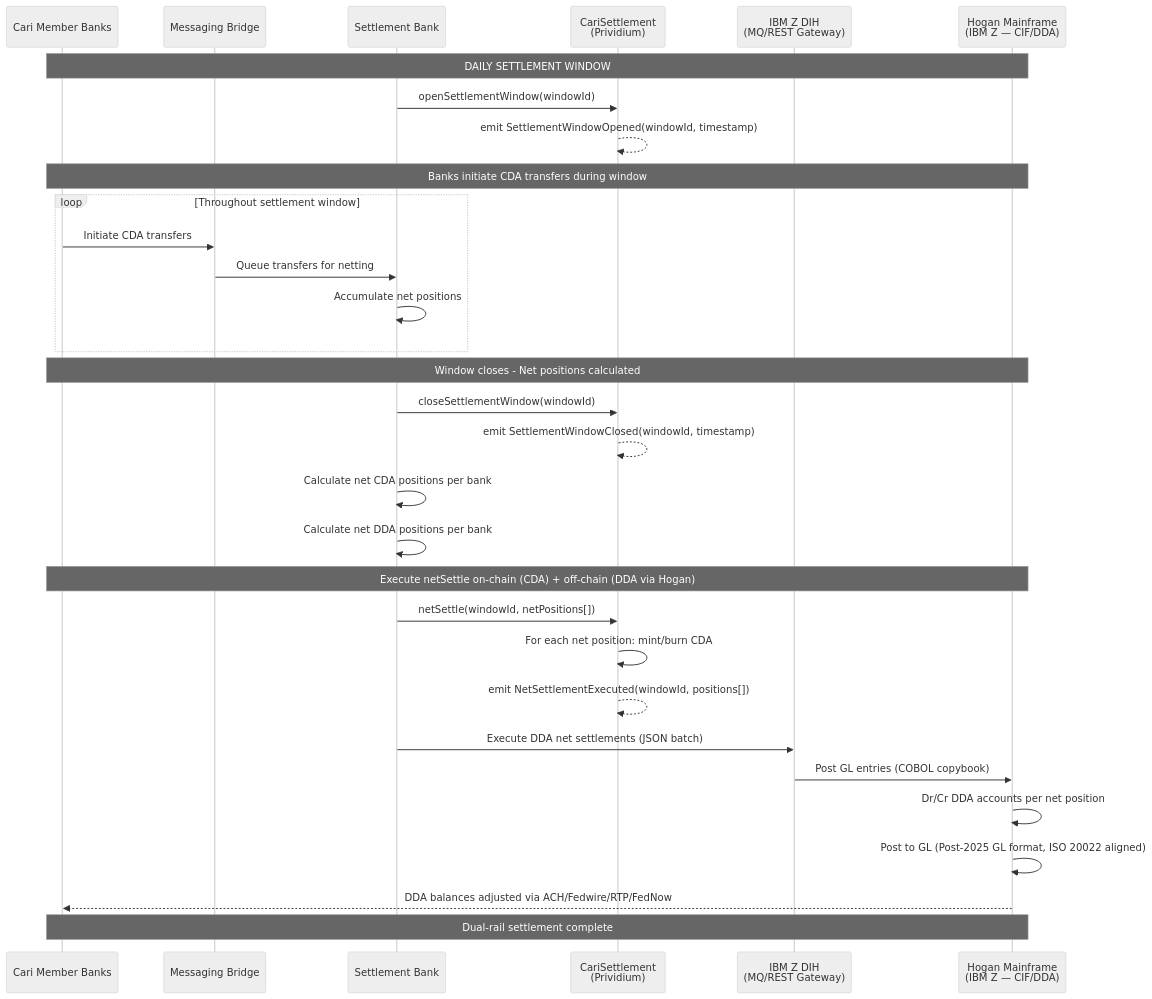
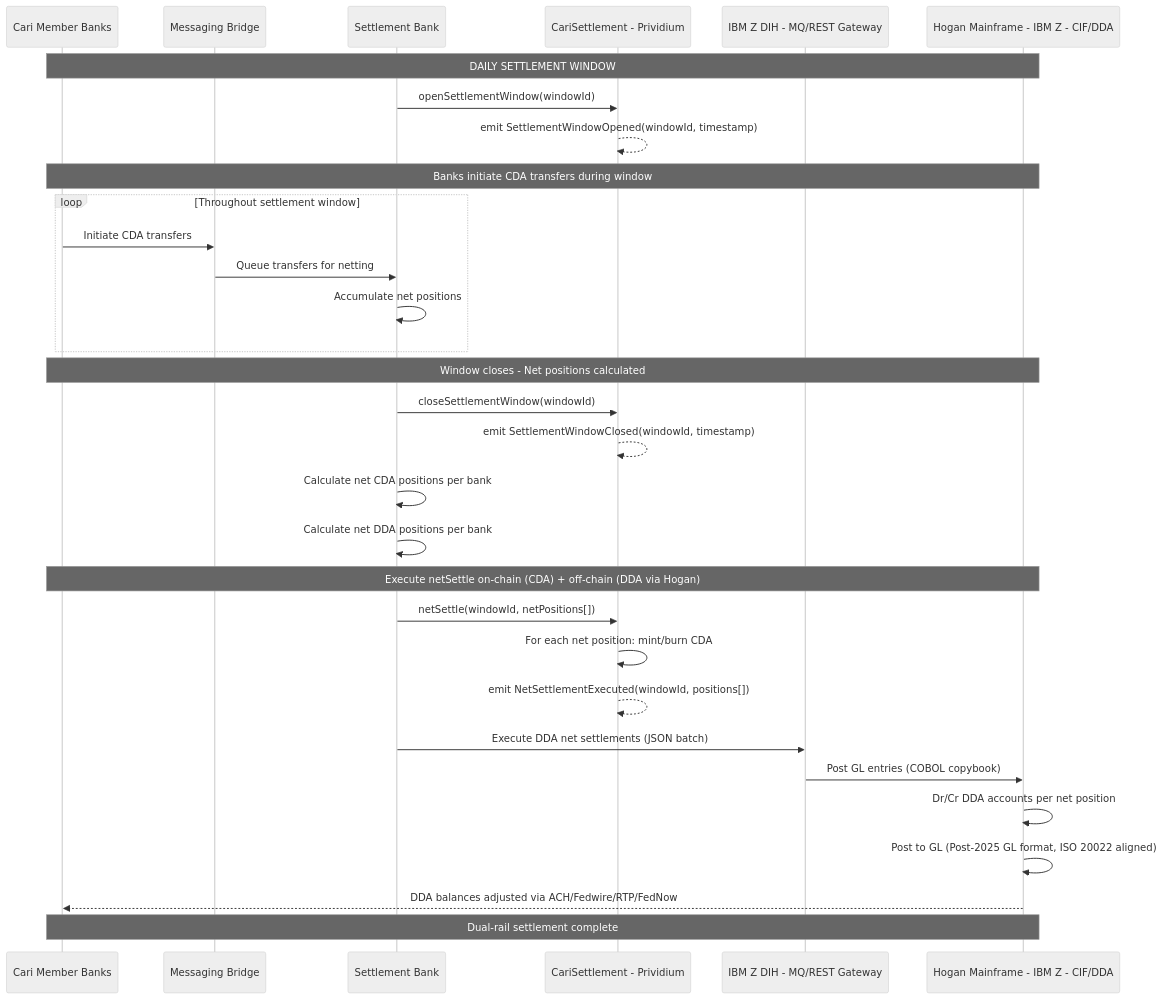
One commit to jnodes/tokenized-deposits changed the fifth of 6 diagrams in docs/contract_flow_diagrams.md. Above: the diagram before and after it, drawn with Mermaid (neutral theme). The commit also changed other lines of this file and 6 other files, not shown here.

Commit message:
fix: repair Mermaid diagram syntax for GitHub rendering — quote special chars, remove em-dashes, fix participant labels

````diff
--- a/docs/contract_flow_diagrams.md
+++ b/docs/contract_flow_diagrams.md
@@ -140,44 +140,44 @@
 ```mermaid
 sequenceDiagram
     participant Banks as Cari Member Banks
     participant Bridge as Messaging Bridge
     participant SBank as Settlement Bank
-    participant Contract as CariSettlement<br/>(Prividium)
-    participant ZDIH as IBM Z DIH<br/>(MQ/REST Gateway)
-    participant Hogan as Hogan Mainframe<br/>(IBM Z — CIF/DDA)
+    participant Contract as CariSettlement - Prividium
+    participant ZDIH as IBM Z DIH - MQ/REST Gateway
+    participant Hogan as Hogan Mainframe - IBM Z - CIF/DDA
 
     Note over Banks,Hogan: DAILY SETTLEMENT WINDOW
 
     SBank->>Contract: openSettlementWindow(windowId)
     Contract-->>Contract: emit SettlementWindowOpened(windowId, timestamp)
 
     Note over Banks,Hogan: Banks initiate CDA transfers during window
 
     loop Throughout settlement window
         Banks->>Bridge: Initiate CDA transfers
         Bridge->>SBank: Queue transfers for netting
         SBank->>SBank: Accumulate net positions
     end
 
     Note over Banks,Hogan: Window closes - Net positions calculated
 
     SBank->>Contract: closeSettlementWindow(windowId)
     Contract-->>Contract: emit SettlementWindowClosed(windowId, timestamp)
 
     SBank->>SBank: Calculate net CDA positions per bank
     SBank->>SBank: Calculate net DDA positions per bank
 
     Note over Banks,Hogan: Execute netSettle on-chain (CDA) + off-chain (DDA via Hogan)
 
     SBank->>Contract: netSettle(windowId, netPositions[])
     Contract->>Contract: For each net position: mint/burn CDA
     Contract-->>Contract: emit NetSettlementExecuted(windowId, positions[])
 
     SBank->>ZDIH: Execute DDA net settlements (JSON batch)
     ZDIH->>Hogan: Post GL entries (COBOL copybook)
     Hogan->>Hogan: Dr/Cr DDA accounts per net position
     Hogan->>Hogan: Post to GL (Post-2025 GL format, ISO 20022 aligned)
     Hogan-->>Banks: DDA balances adjusted via ACH/Fedwire/RTP/FedNow
 
     Note over Banks,Hogan: Dual-rail settlement complete
 ```
````
